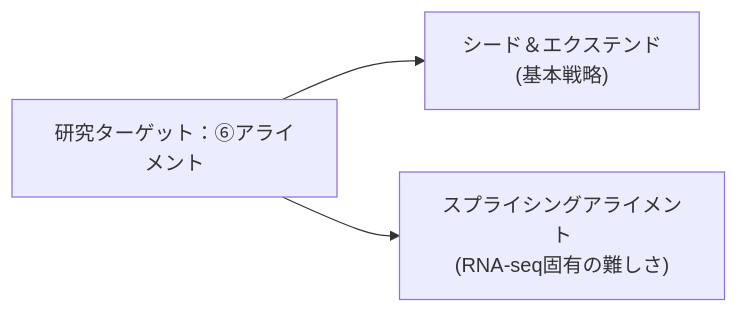
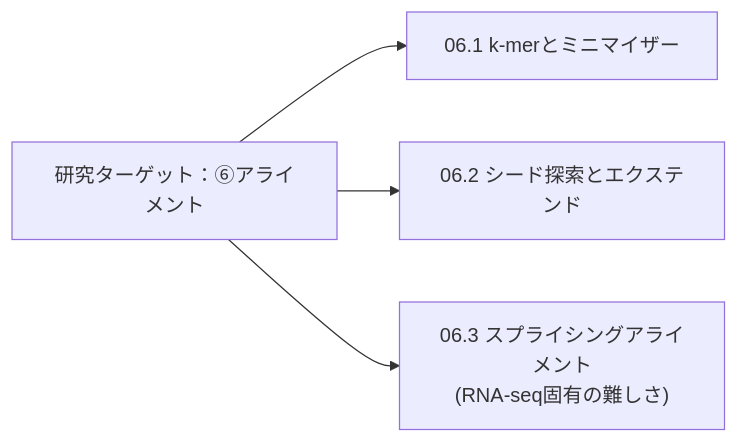
One commit to Nya-Sci/digital_brain_garden changed the second of 2 diagrams in content/研究/NGS/基礎学習/バイオインフォ入門.md. Above: the diagram before and after it, drawn with Mermaid. The commit also changed other lines of this file and 17 other files, not shown here.

````diff
--- a/content/研究/NGS/基礎学習/バイオインフォ入門.md
+++ b/content/研究/NGS/基礎学習/バイオインフォ入門.md
@@ -52,5 +69,6 @@
 ```mermaid
 flowchart LR
-    Target["研究ターゲット：⑥アライメント"] --> T1["シード＆エクステンド<br/>(基本戦略)"]
-    Target --> T2["スプライシングアライメント<br/>(RNA-seq固有の難しさ)"]
+    Target["研究ターゲット：⑥アライメント"] --> T1["06.1 k-merとミニマイザー"]
+    Target --> T2["06.2 シード探索とエクステンド"]
+    Target --> T3["06.3 スプライシングアライメント<br/>(RNA-seq固有の難しさ)"]
 ```
````
